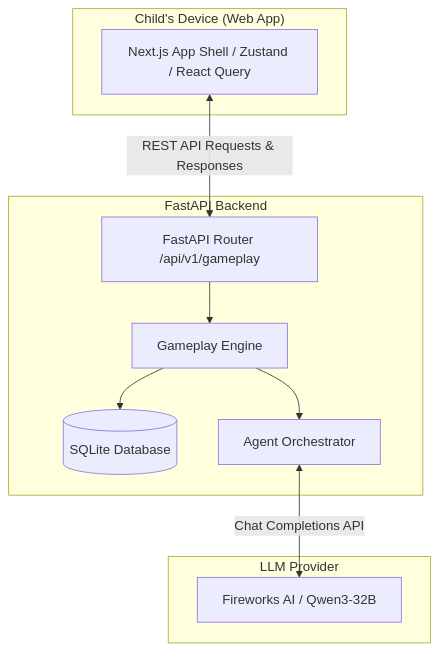
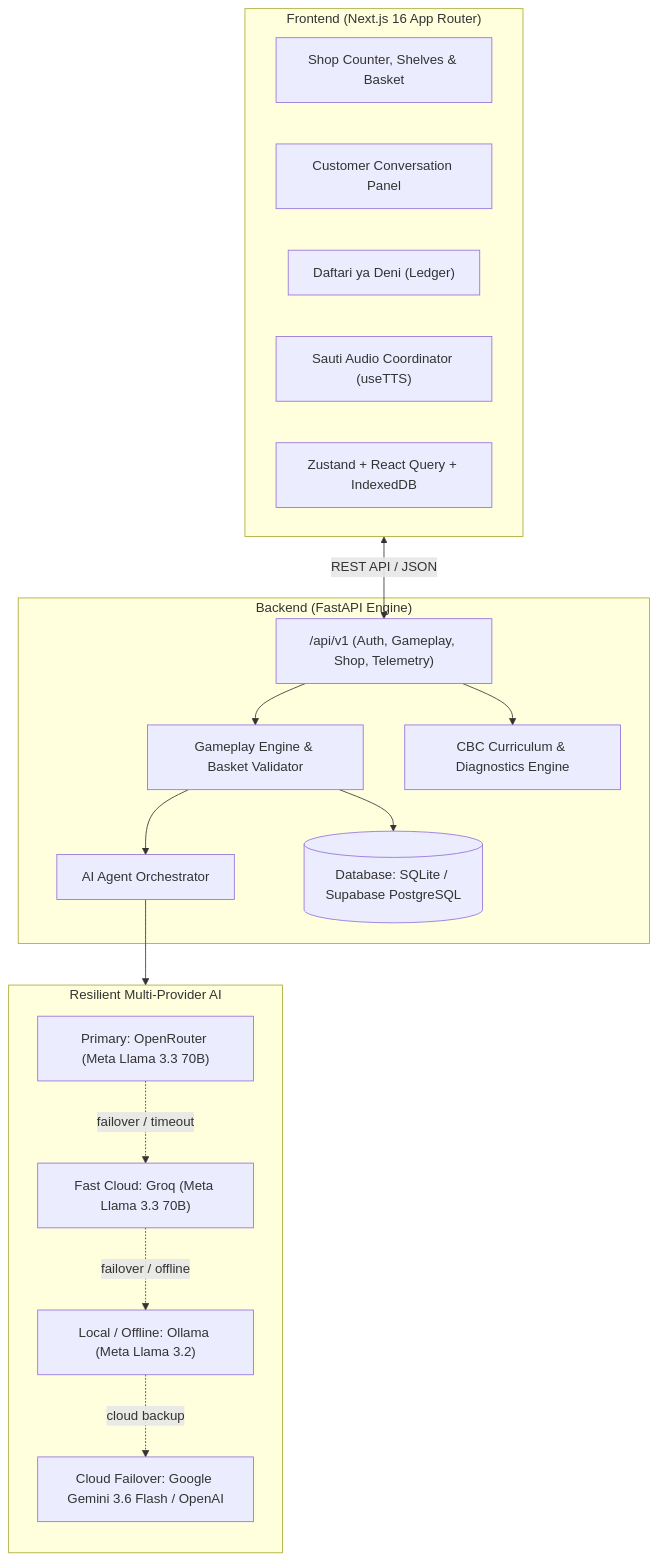
Before and after one commit to lemonhead-ai/SmartDuka: the diagram in README.md, drawn with Mermaid. The commit also changed other lines of this file, not shown here.

Commit message:
docs: update README with current tech stack, Meta Llama 3.3, CBC curriculum, and architecture

````diff
--- a/README.md
+++ b/README.md
@@ -33,23 +52,38 @@
 ```mermaid
 graph TD
-    subgraph Client ["Child's Device (Web App)"]
-        FE["Next.js App Shell / Zustand / React Query"]
+    subgraph Client ["Frontend (Next.js 16 App Router)"]
+        UI["Shop Counter, Shelves & Basket"]
+        Chat["Customer Conversation Panel"]
+        Deni["Daftari ya Deni (Ledger)"]
+        TTS["Sauti Audio Coordinator (useTTS)"]
+        State["Zustand + React Query + IndexedDB"]
     end
-    
-    subgraph Server ["FastAPI Backend"]
-        API["FastAPI Router /api/v1/gameplay"]
-        Engine["Gameplay Engine"]
-        DB_Server[("SQLite Database")]
-        Orchestrator["Agent Orchestrator"]
-        API --> Engine
-        Engine --> DB_Server
+
+    subgraph Server ["Backend (FastAPI Engine)"]
+        Router["/api/v1 (Auth, Gameplay, Shop, Telemetry)"]
+        Engine["Gameplay Engine & Basket Validator"]
+        CBC["CBC Curriculum & Diagnostics Engine"]
+        Orchestrator["AI Agent Orchestrator"]
+        DB[("Database: SQLite / Supabase PostgreSQL")]
+        
+        Router --> Engine
+        Router --> CBC
+        Engine --> DB
         Engine --> Orchestrator
     end
-    
-    subgraph External ["LLM Provider"]
-        FW["Fireworks AI / Qwen3-32B"]
+
+    subgraph AI_Layer ["Resilient Multi-Provider AI"]
+        direction TB
+        P1["Primary: OpenRouter (Meta Llama 3.3 70B)"]
+        P2["Fast Cloud: Groq (Meta Llama 3.3 70B)"]
+        P3["Local / Offline: Ollama (Meta Llama 3.2)"]
+        P4["Cloud Failover: Google Gemini 3.6 Flash / OpenAI"]
+        
+        Orchestrator --> P1
+        P1 -.->|failover / timeout| P2
+        P2 -.->|failover / offline| P3
+        P3 -.->|cloud backup| P4
     end
-    
-    FE <-->|REST API Requests & Responses| API
-    Orchestrator <-->|Chat Completions API| FW
+
+    Client <-->|REST API / JSON| Router
 ```
````
